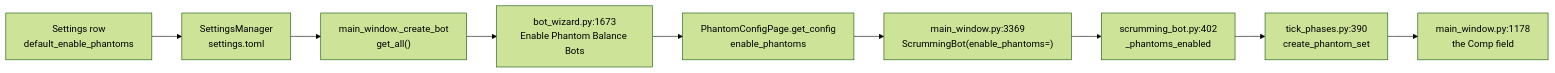
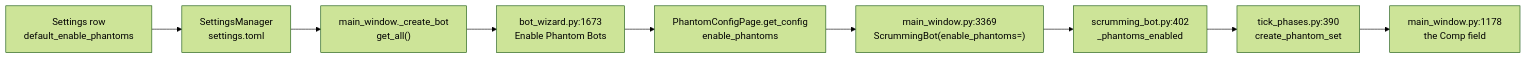
Before and after one commit to Acervator-LLC/ACERVATOR: the tenth of 11 diagrams in docs/manual/08-tabs/settings.md, drawn with Mermaid (forest theme). The commit also changed other lines of this file and 15 other files, not shown here.

First line of the commit message:
rename the phantom bot, because it controls no balance

````diff
--- a/docs/manual/08-tabs/settings.md
+++ b/docs/manual/08-tabs/settings.md
@@ -4680,11 +4680,11 @@
 ```mermaid
 flowchart LR
   A["Settings row<br/>default_enable_phantoms"] --> B["SettingsManager<br/>settings.toml"]
   B --> C["main_window._create_bot<br/>get_all()"]
-  C --> D["bot_wizard.py:1673<br/>Enable Phantom Balance Bots"]
+  C --> D["bot_wizard.py:1673<br/>Enable Phantom Bots"]
   D --> E["PhantomConfigPage.get_config<br/>enable_phantoms"]
   E --> F["main_window.py:3369<br/>ScrummingBot(enable_phantoms=)"]
   F --> G["scrumming_bot.py:402<br/>_phantoms_enabled"]
   G --> H["tick_phases.py:390<br/>create_phantom_set"]
   H --> I["main_window.py:1178<br/>the Comp field"]
 ```
````
